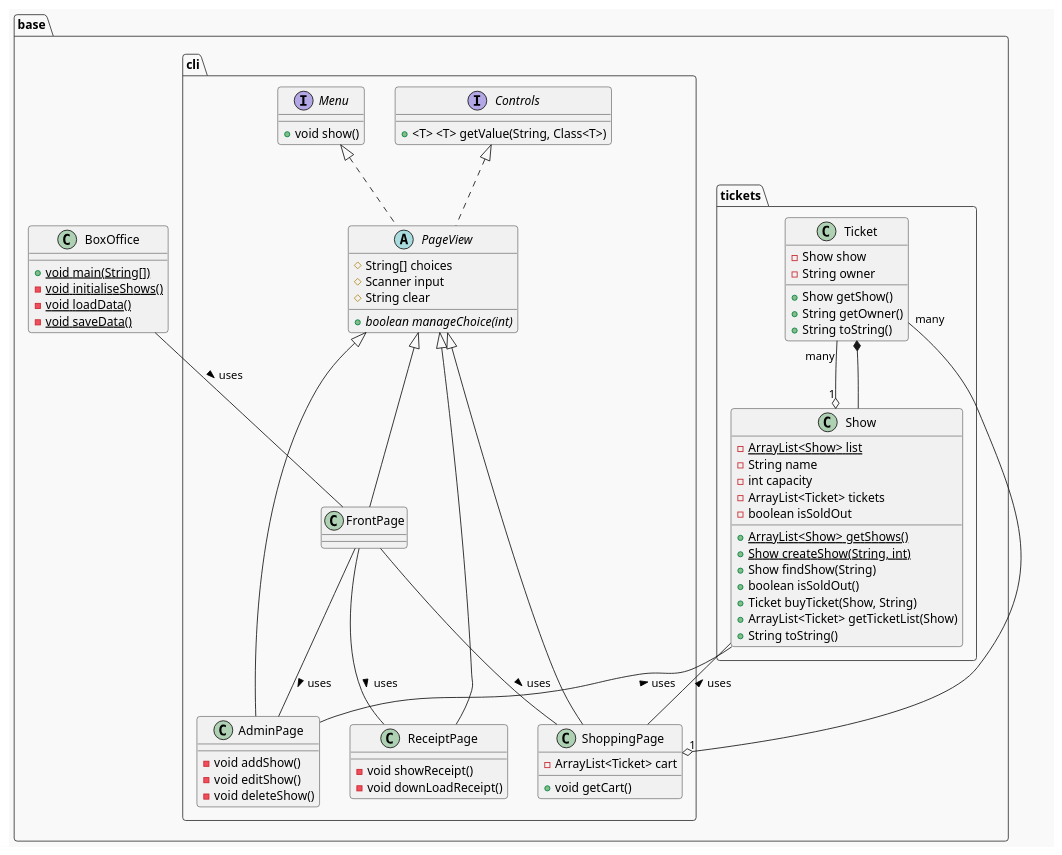
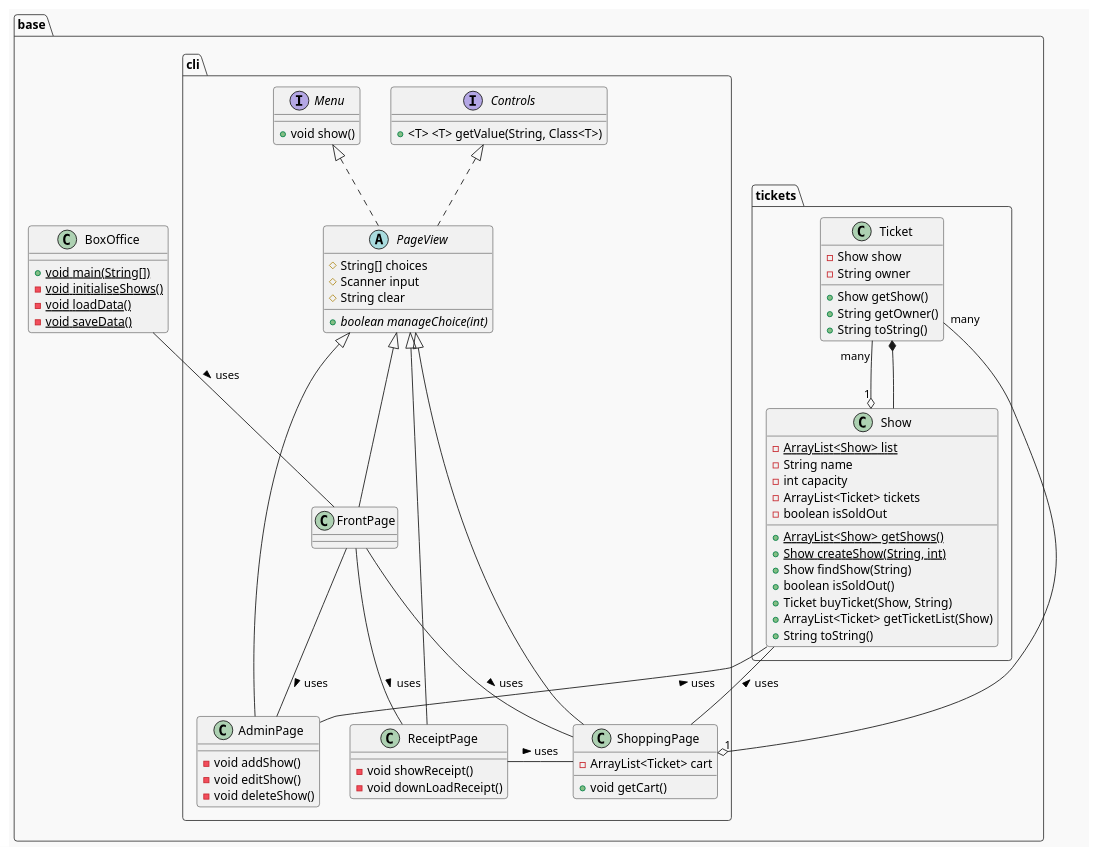
One commit to physcrowley/BoxOffice changed the diagram in structure.puml. Above: the diagram before and after it, drawn with PlantUML. The commit also changed 1 other file, not shown here.

Commit message:
added todos to ReceiptPage

```diff
--- a/structure.puml
+++ b/structure.puml
@@ -3,87 +3,88 @@
 @startuml structure
 
 /' https://plantuml.com/fr/theme
 favoris : mars, plain, amiga, crt-green, sketchy '/
 !theme mars
 
 /' https://plantuml.com/fr/class-diagram '/
 
 /' objets '/
 package base {
     package base.cli {
 
         interface Controls {
             + <T> <T> getValue(String, Class<T>)
         }
         interface Menu{
             + void show()
         }
         abstract class PageView implements Menu, Controls {
             # String[] choices 
             # Scanner input
             # String clear
             + {abstract} boolean manageChoice(int)
         }
         class FrontPage extends PageView
         class AdminPage extends PageView {
             - void addShow()
             - void editShow()
             - void deleteShow()
         }
         class ShoppingPage extends PageView {
             - ArrayList<Ticket> cart
             + void getCart()
         }
         class ReceiptPage extends PageView {
             - void showReceipt()
             - void downLoadReceipt()
         }
 
         FrontPage -- AdminPage : > uses
         FrontPage -- ShoppingPage : > uses
         FrontPage -- ReceiptPage : > uses
 
     }
 
     package base.tickets {
         class Ticket {
             - Show show
             - String owner
             + Show getShow()
             + String getOwner()
             + String toString()
         }
         class Show {
             - {static} ArrayList<Show> list
             - String name
             - int capacity
             - ArrayList<Ticket> tickets
             - boolean isSoldOut
             + {static} ArrayList<Show> getShows()
             + {static} Show createShow(String, int)
             + Show findShow(String)
             + boolean isSoldOut()
             + Ticket buyTicket(Show, String)
             + ArrayList<Ticket> getTicketList(Show)
             + String toString()
         }
 
         Ticket "many" --o "1"  Show
         Ticket *-- Show
     }
 
     class BoxOffice {
         + {static} void main(String[])
         - {static} void initialiseShows()
         - {static} void loadData()
         - {static} void saveData()
     }
 
     BoxOffice -- FrontPage : > uses
     Show -- AdminPage : < uses
     Show -- ShoppingPage : < uses
     Ticket "many" --o "1" ShoppingPage
+    ShoppingPage - ReceiptPage  : < uses
 
 }
 
 @enduml
```
